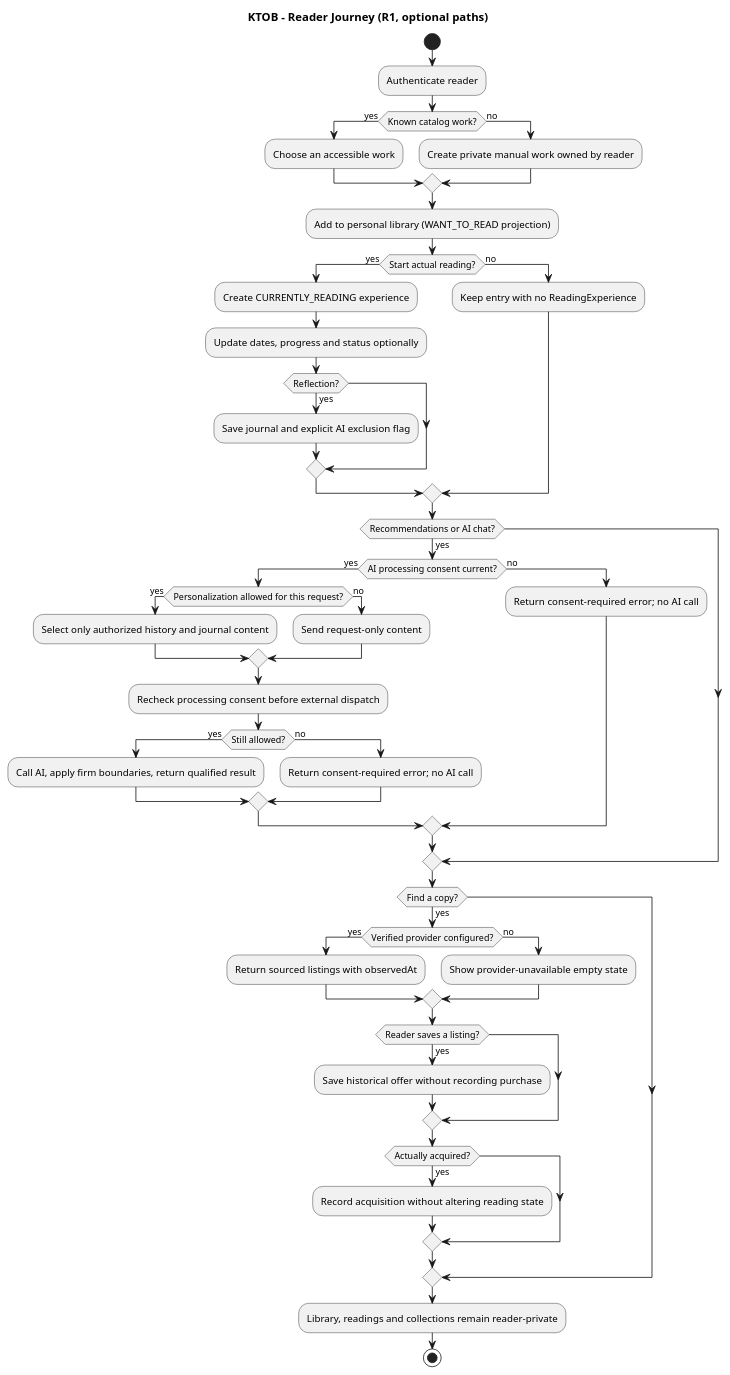
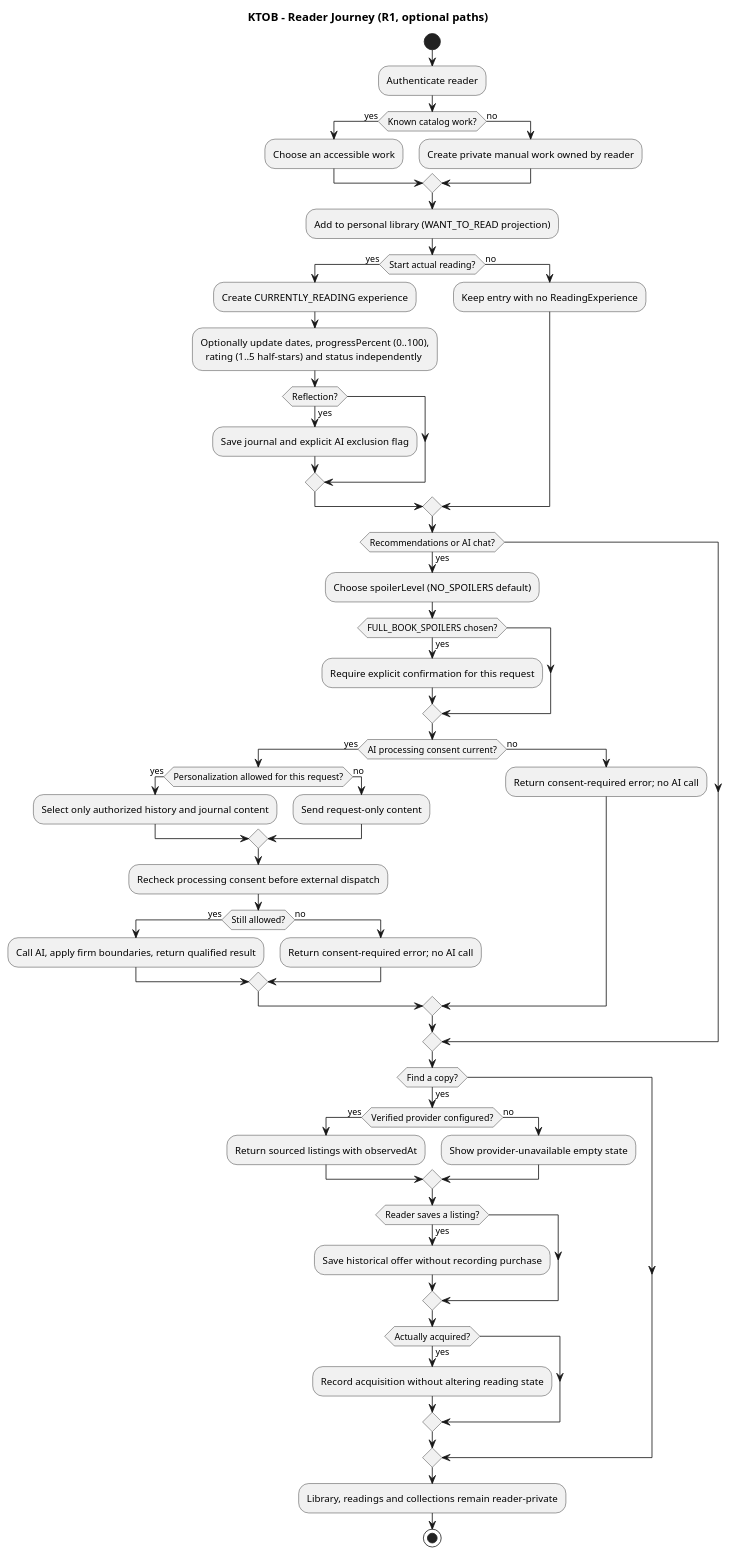
The diagram in docs/uml/13-activity-reading-journey.puml (Adam-BArbia/ktob-literary-companion), drawn with PlantUML before and after one commit. The commit also changed 18 other files, not shown here.

Commit message:
docs(architecture): apply approved R1 ratings progress profile and spoiler defaults

```diff
--- a/docs/uml/13-activity-reading-journey.puml
+++ b/docs/uml/13-activity-reading-journey.puml
@@ -1,52 +1,56 @@
 @startuml KTOB_13_activity_reading_journey
 title KTOB - Reader Journey (R1, optional paths)
 start
 :Authenticate reader;
 if (Known catalog work?) then (yes)
  :Choose an accessible work;
 else (no)
  :Create private manual work owned by reader;
 endif
 :Add to personal library (WANT_TO_READ projection);
 if (Start actual reading?) then (yes)
  :Create CURRENTLY_READING experience;
- :Update dates, progress and status optionally;
+ :Optionally update dates, progressPercent (0..100),\n  rating (1..5 half-stars) and status independently;
  if (Reflection?) then (yes)
   :Save journal and explicit AI exclusion flag;
  endif
 else (no)
  :Keep entry with no ReadingExperience;
 endif
 if (Recommendations or AI chat?) then (yes)
+ :Choose spoilerLevel (NO_SPOILERS default);
+ if (FULL_BOOK_SPOILERS chosen?) then (yes)
+  :Require explicit confirmation for this request;
+ endif
  if (AI processing consent current?) then (yes)
   if (Personalization allowed for this request?) then (yes)
    :Select only authorized history and journal content;
   else (no)
    :Send request-only content;
   endif
   :Recheck processing consent before external dispatch;
   if (Still allowed?) then (yes)
    :Call AI, apply firm boundaries, return qualified result;
   else (no)
    :Return consent-required error; no AI call;
   endif
  else (no)
   :Return consent-required error; no AI call;
  endif
 endif
 if (Find a copy?) then (yes)
  if (Verified provider configured?) then (yes)
   :Return sourced listings with observedAt;
  else (no)
   :Show provider-unavailable empty state;
  endif
  if (Reader saves a listing?) then (yes)
   :Save historical offer without recording purchase;
  endif
  if (Actually acquired?) then (yes)
   :Record acquisition without altering reading state;
  endif
 endif
 :Library, readings and collections remain reader-private;
 stop
 @enduml
```
